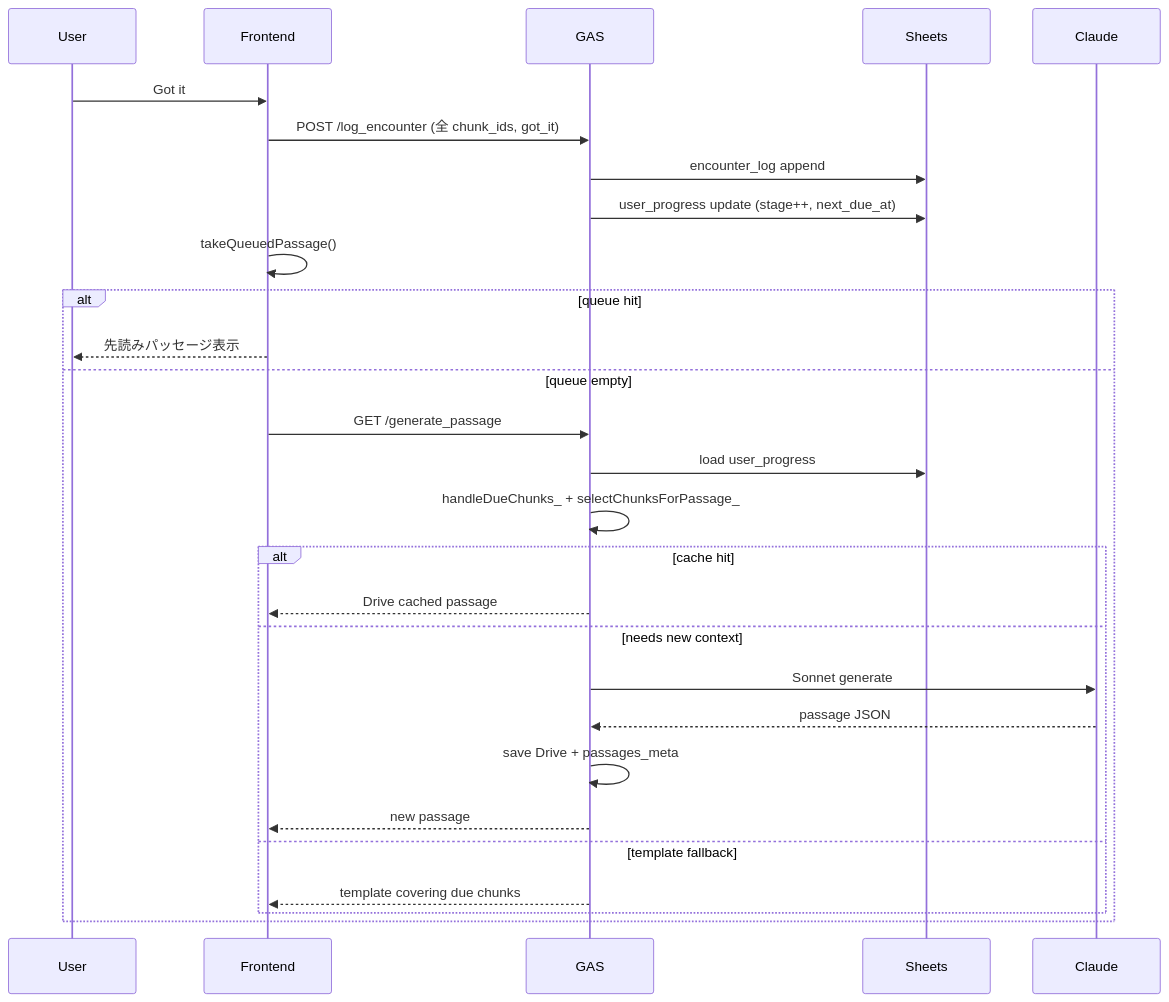
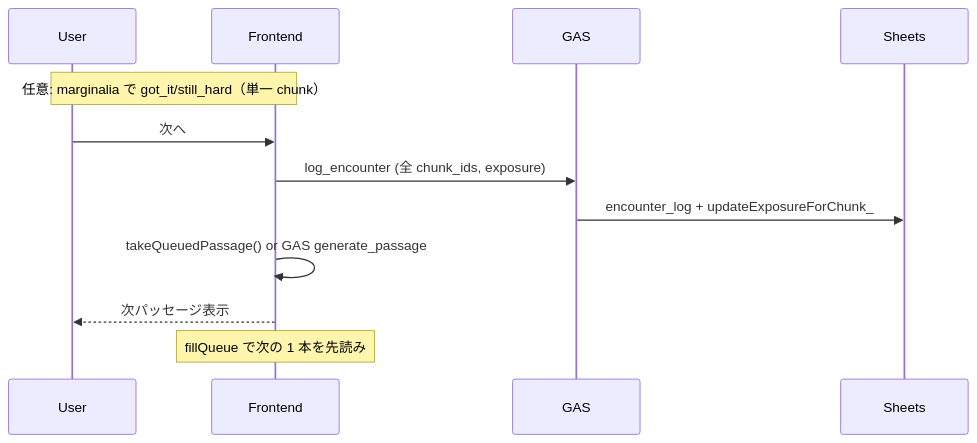
One commit to nkhippo/English-Reader-Trainer changed the diagram in docs/chunk-lifecycle-design.md. Above: the diagram before and after it, drawn with Mermaid. The commit also changed other lines of this file and 4 other files, not shown here.

First line of the commit message:
Update docs to reflect individual evaluation and phase-adaptive passage flow.

````diff
--- a/docs/chunk-lifecycle-design.md
+++ b/docs/chunk-lifecycle-design.md
@@ -307,31 +219,15 @@
 ```mermaid
 sequenceDiagram
   participant U as User
   participant F as Frontend
   participant G as GAS
   participant S as Sheets
-  participant C as Claude
 
-  U->>F: Got it
-  F->>G: POST /log_encounter (全 chunk_ids, got_it)
-  G->>S: encounter_log append
-  G->>S: user_progress update (stage++, next_due_at)
-  F->>F: takeQueuedPassage()
-  alt queue hit
-    F-->>U: 先読みパッセージ表示
-  else queue empty
-    F->>G: GET /generate_passage
-    G->>S: load user_progress
-    G->>G: handleDueChunks_ + selectChunksForPassage_
-    alt cache hit
-      G-->>F: Drive cached passage
-    else needs new context
-      G->>C: Sonnet generate
-      C-->>G: passage JSON
-      G->>G: save Drive + passages_meta
-      G-->>F: new passage
-    else template fallback
-      G-->>F: template covering due chunks
-    end
-  end
+  Note over U,F: 任意: marginalia で got_it/still_hard（単一 chunk）
+  U->>F: 次へ
+  F->>G: log_encounter (全 chunk_ids, exposure)
+  G->>S: encounter_log + updateExposureForChunk_
+  F->>F: takeQueuedPassage() or GAS generate_passage
+  F-->>U: 次パッセージ表示
+  Note over F: fillQueue で次の 1 本を先読み
 ```
````
